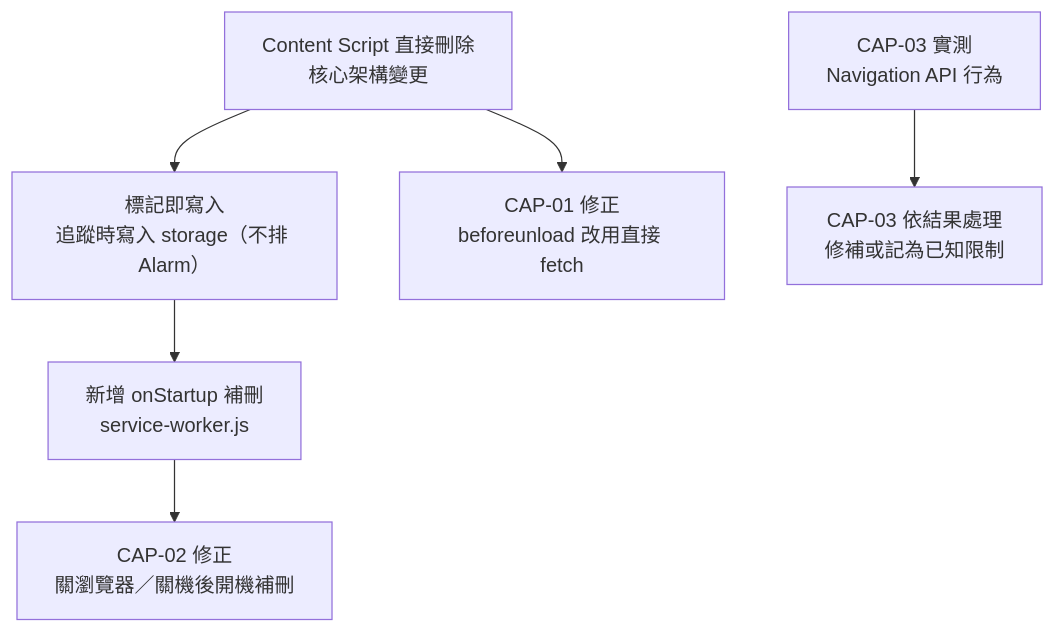
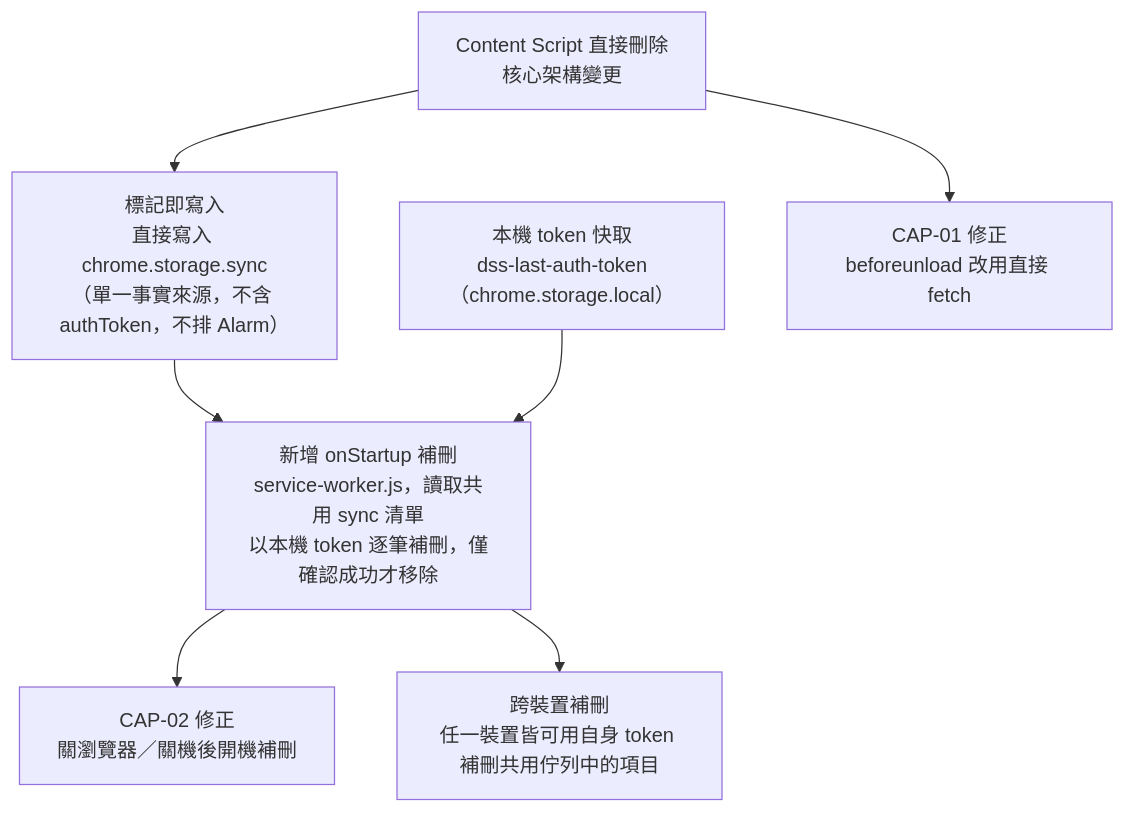
The second of 2 diagrams in docs/CORRECTIVE_ACTION_PLAN.md (sov1n14/ds-studio), drawn with Mermaid before and after one commit. The commit also changed other lines of this file and 20 other files, not shown here.

````diff
--- a/docs/CORRECTIVE_ACTION_PLAN.md
+++ b/docs/CORRECTIVE_ACTION_PLAN.md
@@ -277,13 +317,14 @@
 ```mermaid
 flowchart TD
     CS["Content Script 直接刪除<br/>核心架構變更"]
-    MW["標記即寫入<br/>追蹤時寫入 storage（不排 Alarm）"]
-    OS["新增 onStartup 補刪<br/>service-worker.js"]
+    MW["標記即寫入<br/>直接寫入 chrome.storage.sync<br/>（單一事實來源，不含 authToken，不排 Alarm）"]
+    TOKEN["本機 token 快取<br/>dss-last-auth-token（chrome.storage.local）"]
+    OS["新增 onStartup 補刪<br/>service-worker.js，讀取共用 sync 清單<br/>以本機 token 逐筆補刪，僅確認成功才移除"]
 
     CS --> CAP01["CAP-01 修正<br/>beforeunload 改用直接 fetch"]
     CS --> MW
     MW --> OS
+    TOKEN --> OS
     OS --> CAP02["CAP-02 修正<br/>關瀏覽器／關機後開機補刪"]
-
-    VERIFY["CAP-03 實測<br/>Navigation API 行為"] --> CAP03["CAP-03 依結果處理<br/>修補或記為已知限制"]
+    OS --> CROSSDEVICE["跨裝置補刪<br/>任一裝置皆可用自身 token 補刪共用佇列中的項目"]
 ```
````
